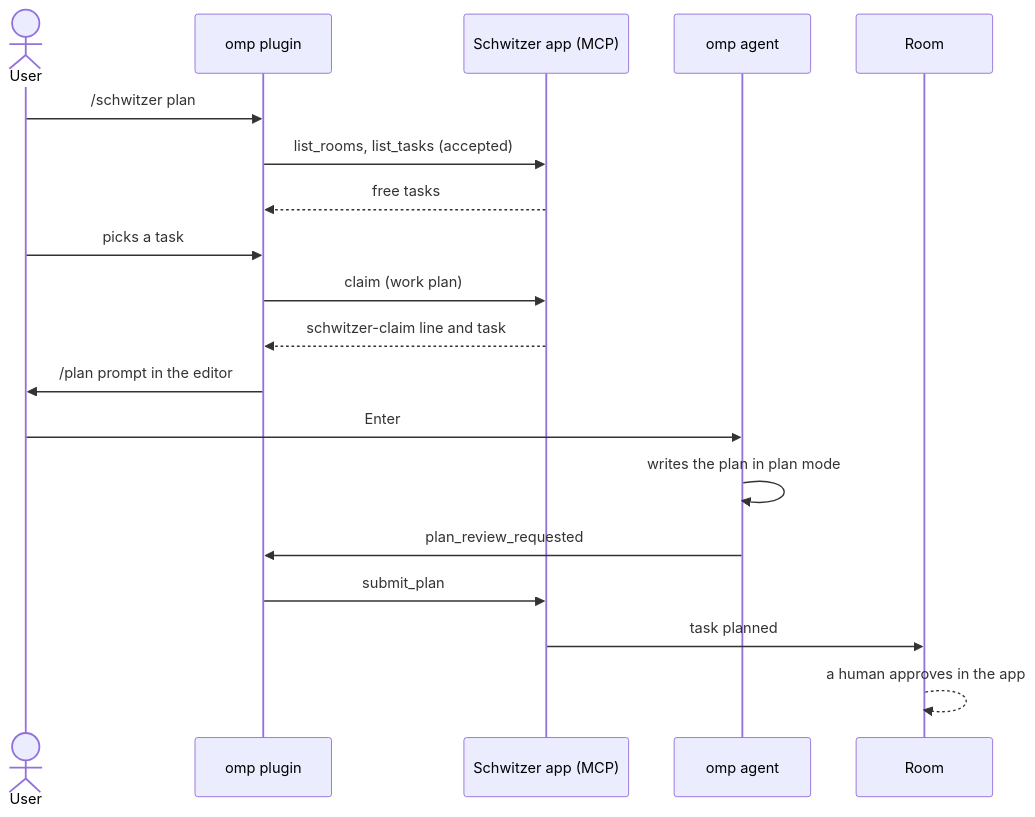
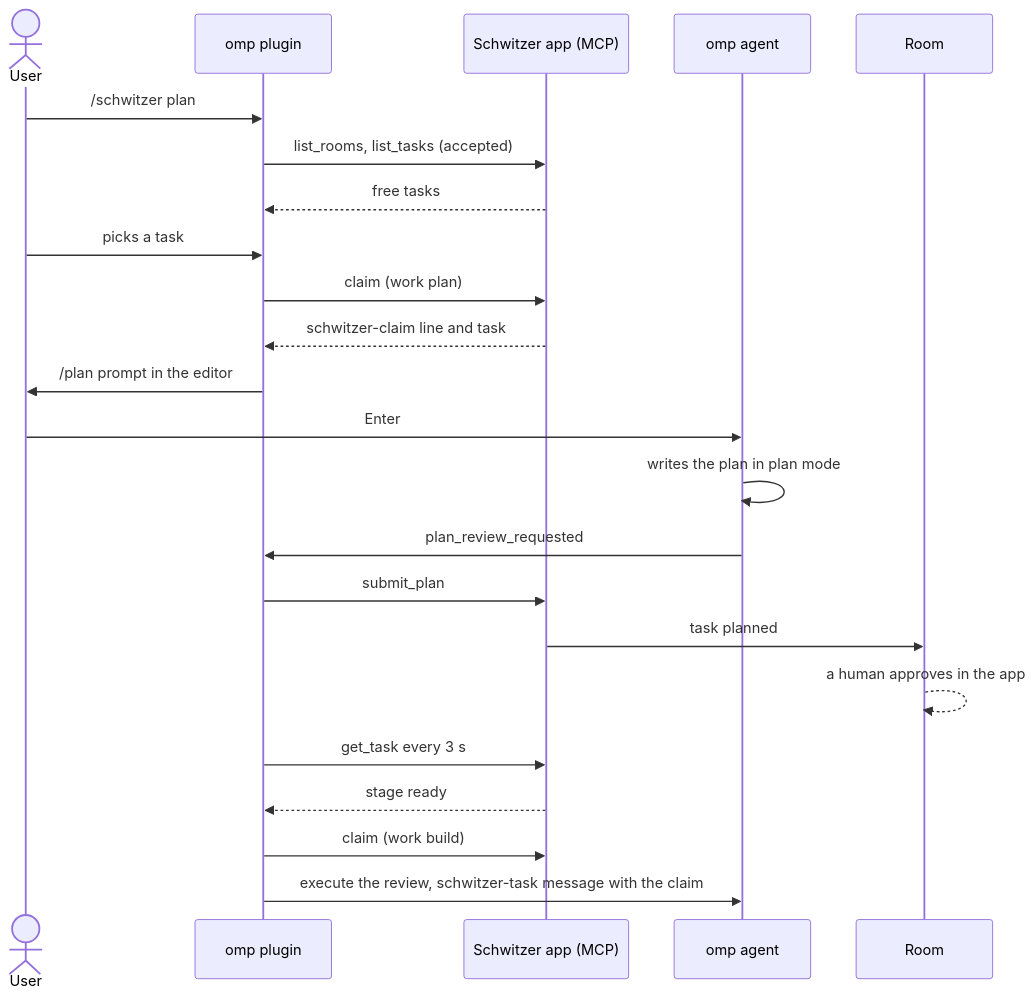
One commit to griasdi/schwitzer changed the diagram in crates/schwitzer-app/omp-plugin/README.md. Above: the diagram before and after it, drawn with Mermaid. The commit also changed other lines of this file and 4 other files, not shown here.

First line of the commit message:
Build an approved plan from the omp session that waits on its review

````diff
--- a/crates/schwitzer-app/omp-plugin/README.md
+++ b/crates/schwitzer-app/omp-plugin/README.md
@@ -36,21 +44,25 @@
 ```mermaid
 sequenceDiagram
     actor User
     participant Plugin as omp plugin
     participant App as Schwitzer app (MCP)
     participant Agent as omp agent
     participant Room as Room
     User->>Plugin: /schwitzer plan
     Plugin->>App: list_rooms, list_tasks (accepted)
     App-->>Plugin: free tasks
     User->>Plugin: picks a task
     Plugin->>App: claim (work plan)
     App-->>Plugin: schwitzer-claim line and task
     Plugin->>User: /plan prompt in the editor
     User->>Agent: Enter
     Agent->>Agent: writes the plan in plan mode
     Agent->>Plugin: plan_review_requested
     Plugin->>App: submit_plan
     App->>Room: task planned
     Room-->>Room: a human approves in the app
+    Plugin->>App: get_task every 3 s
+    App-->>Plugin: stage ready
+    Plugin->>App: claim (work build)
+    Plugin->>Agent: execute the review, schwitzer-task message with the claim
 ```
````
